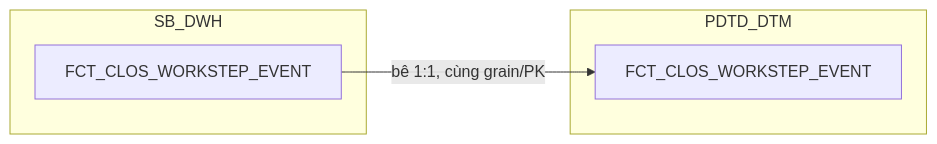
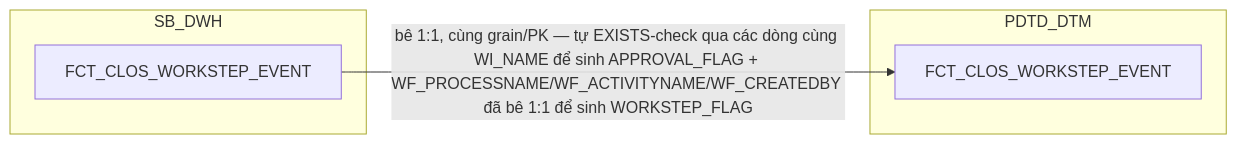
One commit to chien1198/sb-mapping-gen changed the eighth of 19 diagrams in hld/hld_review/HLD_FCT_PDTD_DTM_review.md. Above: the diagram before and after it, drawn with Mermaid. The commit also changed other lines of this file and 183 other files, not shown here.

````diff
--- a/hld/hld_review/HLD_FCT_PDTD_DTM_review.md
+++ b/hld/hld_review/HLD_FCT_PDTD_DTM_review.md
@@ -450,10 +469,10 @@
 ```mermaid
 flowchart LR
     subgraph SB_DWH
         C["FCT_CLOS_WORKSTEP_EVENT"]
     end
     subgraph PDTD_DTM
         D["FCT_CLOS_WORKSTEP_EVENT"]
     end
-    C -->|bê 1:1, cùng grain/PK| D
+    C -->|"bê 1:1, cùng grain/PK — tự EXISTS-check qua các dòng cùng WI_NAME để sinh APPROVAL_FLAG + WF_PROCESSNAME/WF_ACTIVITYNAME/WF_CREATEDBY đã bê 1:1 để sinh WORKSTEP_FLAG "| D
 ```
````
